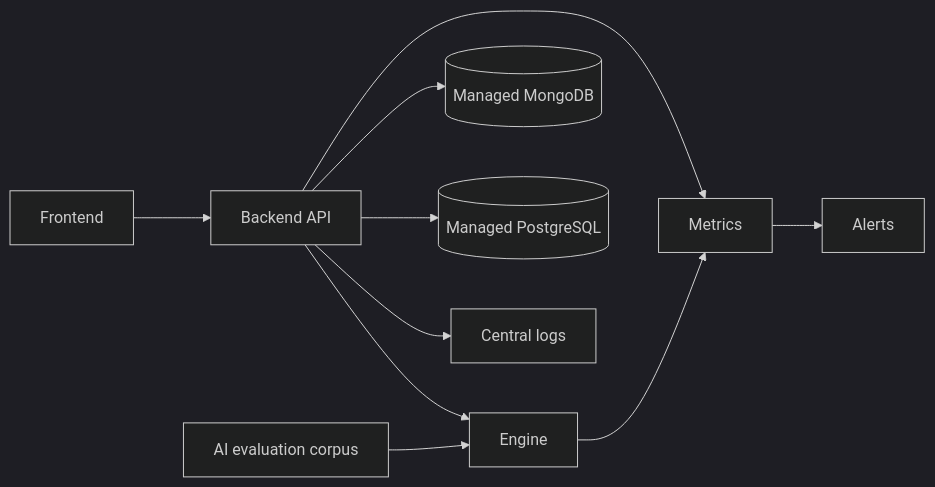
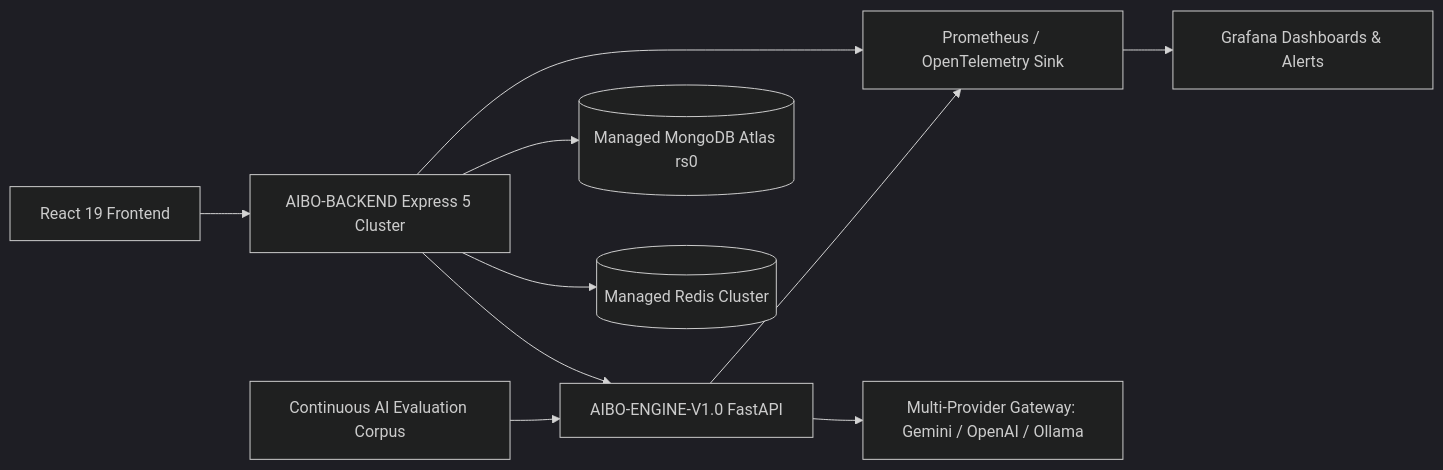
Before and after one commit to AIBO-ASSISTANT/.github: the diagram in diagrams/future-state.mmd, drawn with Mermaid (dark theme). The commit also changed 55 other files, not shown here.

Commit message:
docs: add comprehensive architecture, security, deployment, and onboarding documentation for the AIBO Assistant platform

```diff
--- a/diagrams/future-state.mmd
+++ b/diagrams/future-state.mmd
@@ -1,10 +1,10 @@
 flowchart LR
-  Frontend[Frontend] --> Backend[Backend API]
-  Backend --> Engine[Engine]
-  Backend --> Mongo[(Managed MongoDB)]
-  Backend --> Postgres[(Managed PostgreSQL)]
-  Backend --> Logs[Central logs]
-  Backend --> Metrics[Metrics]
-  Engine --> Metrics
-  Metrics --> Alerts[Alerts]
-  Eval[AI evaluation corpus] --> Engine
+  Frontend[React 19 Frontend] --> Backend[AIBO-BACKEND Express 5 Cluster]
+  Backend --> Engine[AIBO-ENGINE-V1.0 FastAPI]
+  Backend --> Mongo[(Managed MongoDB Atlas rs0)]
+  Backend --> Redis[(Managed Redis Cluster)]
+  Backend --> Telemetry[Prometheus / OpenTelemetry Sink]
+  Engine --> Telemetry
+  Telemetry --> Dashboards[Grafana Dashboards & Alerts]
+  Engine --> Gateway[Multi-Provider Gateway: Gemini / OpenAI / Ollama]
+  Eval[Continuous AI Evaluation Corpus] --> Engine
```
